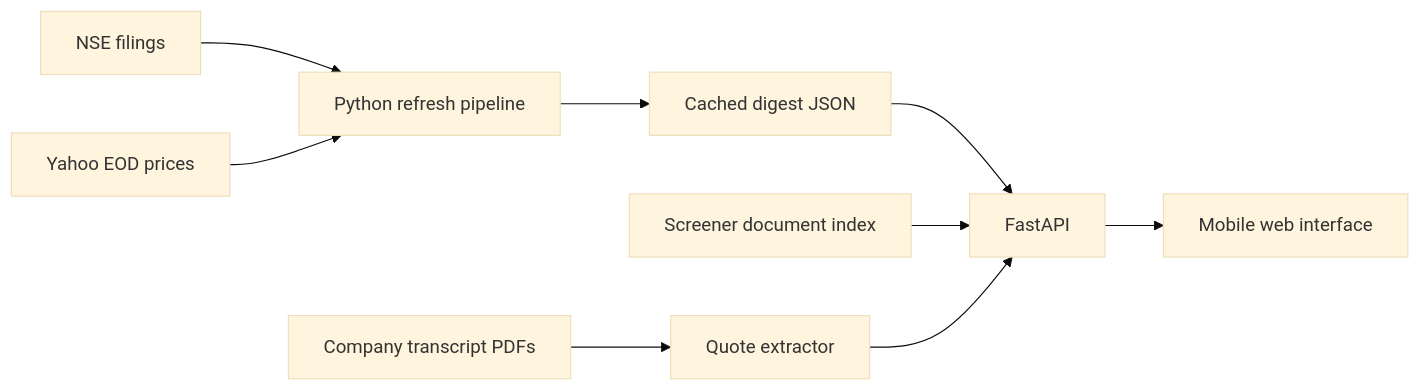
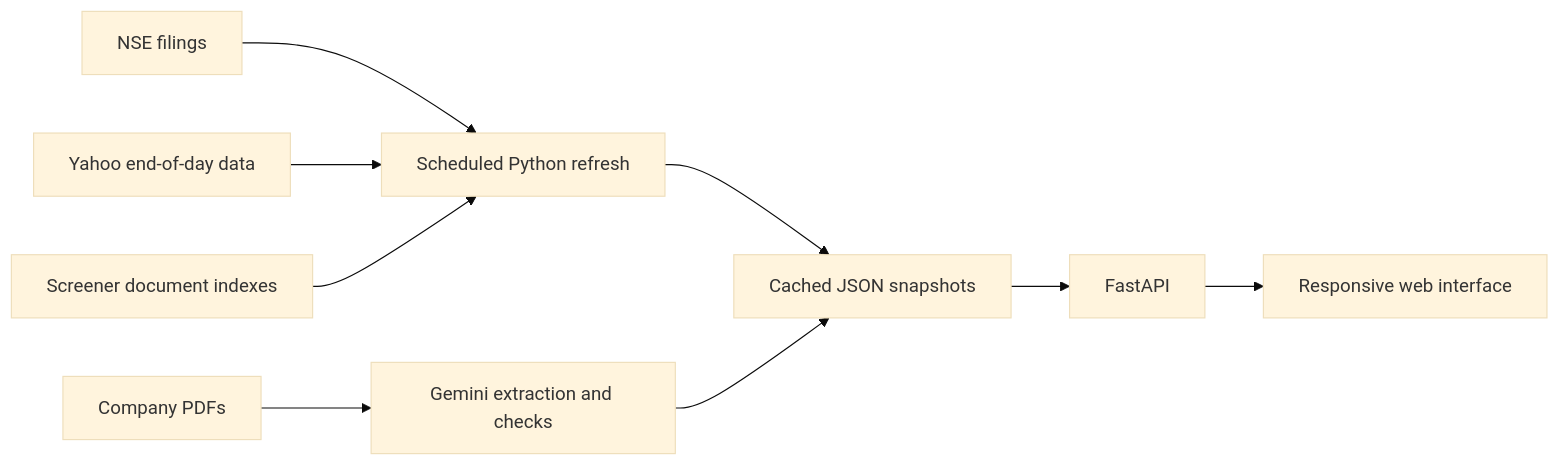
The diagram in README.md (Kshitiztyagi23/finn-enam), drawn with Mermaid (base theme) before and after one commit. The commit also changed other lines of this file, not shown here.

Commit message:
Document live FINN deployment and evidence coverage

````diff
--- a/README.md
+++ b/README.md
@@ -32,11 +60,11 @@
 ```mermaid
 flowchart LR
-    NSE[NSE filings] --> P[Python refresh pipeline]
-    YF[Yahoo EOD prices] --> P
-    P --> J[Cached digest JSON]
-    J --> API[FastAPI]
-    SC[Screener document index] --> API
-    PDF[Company transcript PDFs] --> E[Quote extractor]
-    E --> API
-    API --> UI[Mobile web interface]
+    NSE[NSE filings] --> Refresh[Scheduled Python refresh]
+    Yahoo[Yahoo end-of-day data] --> Refresh
+    Screener[Screener document indexes] --> Refresh
+    Refresh --> Snapshots[Cached JSON snapshots]
+    PDFs[Company PDFs] --> Evidence[Gemini extraction and checks]
+    Evidence --> Snapshots
+    Snapshots --> API[FastAPI]
+    API --> UI[Responsive web interface]
 ```
````
